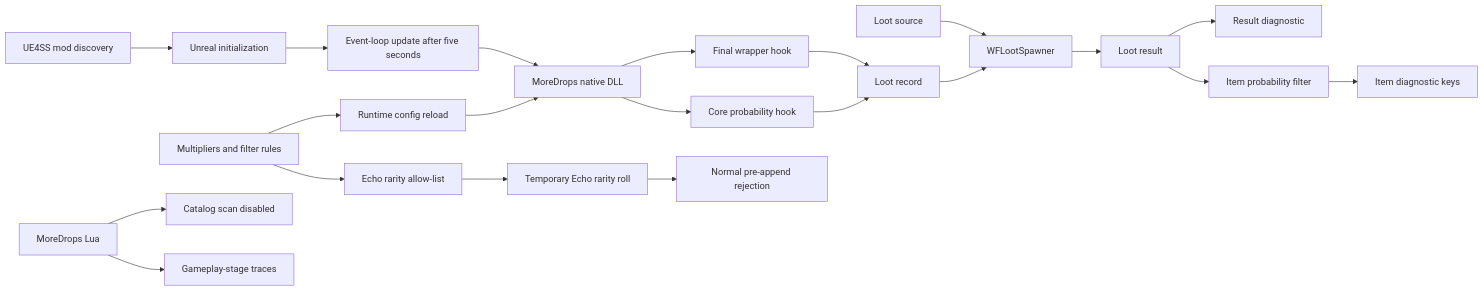
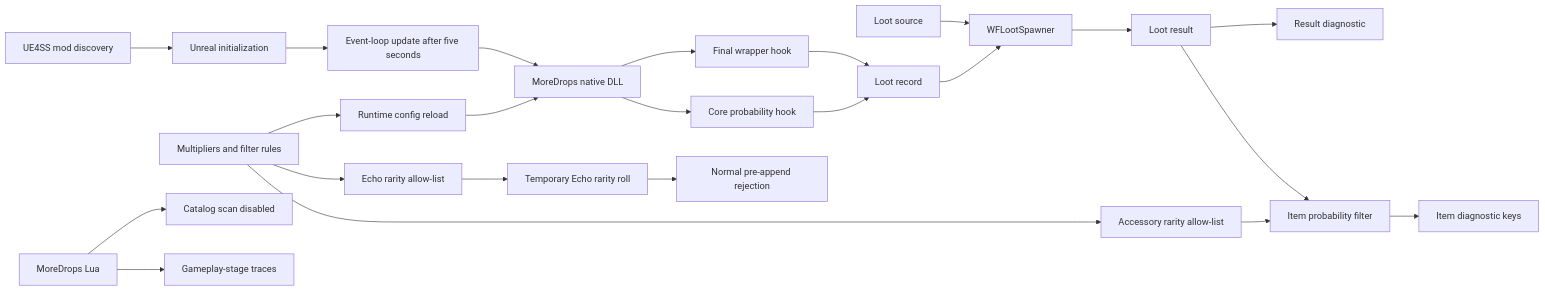
The diagram in lode/loot/summary.md (TheAngryByrd/Wayfinder-Mods), drawn with Mermaid before and after one commit. The commit also changed other lines of this file and 6 other files, not shown here.

Commit message:
Add accessory rarity filtering

````diff
--- a/lode/loot/summary.md
+++ b/lode/loot/summary.md
@@ -8,23 +9,25 @@
 ```mermaid
 flowchart LR
     Config[Multipliers and filter rules] --> Reload[Runtime config reload]
     UE4SS[UE4SS mod discovery] --> Unreal[Unreal initialization]
     Unreal --> EventLoop[Event-loop update after five seconds]
     EventLoop --> Native
     Reload --> Native[MoreDrops native DLL]
     Source[Loot source] --> Spawner[WFLootSpawner]
     Native --> FinalHook[Final wrapper hook]
     Native --> CoreHook[Core probability hook]
     FinalHook --> Record[Loot record]
     CoreHook --> Record
     Record --> Spawner
     Spawner --> Result[Loot result]
     Result --> Diagnostic[Result diagnostic]
     Result --> ItemFilter[Item probability filter]
     ItemFilter --> ItemLog[Item diagnostic keys]
     Config --> EchoSetting[Echo rarity allow-list]
     EchoSetting --> EchoRoll[Temporary Echo rarity roll]
     EchoRoll --> EchoReject[Normal pre-append rejection]
+    Config --> AccessorySetting[Accessory rarity allow-list]
+    AccessorySetting --> ItemFilter
     Lua[MoreDrops Lua] --> Disabled[Catalog scan disabled]
     Lua --> Trace[Gameplay-stage traces]
 ```
````
